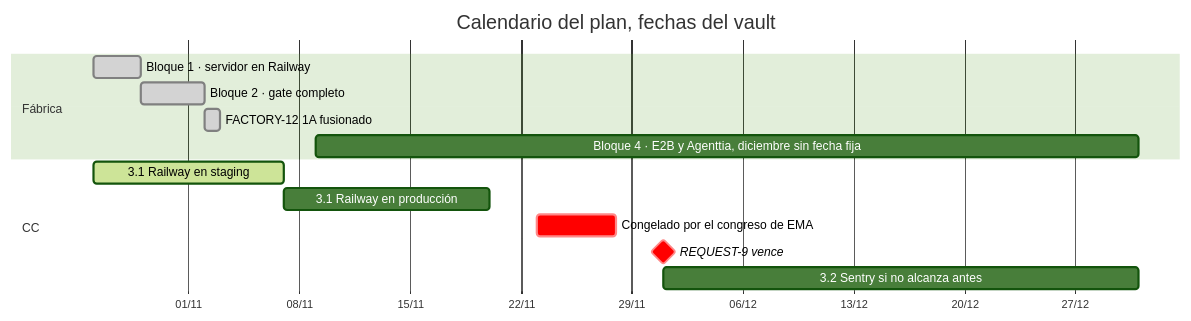
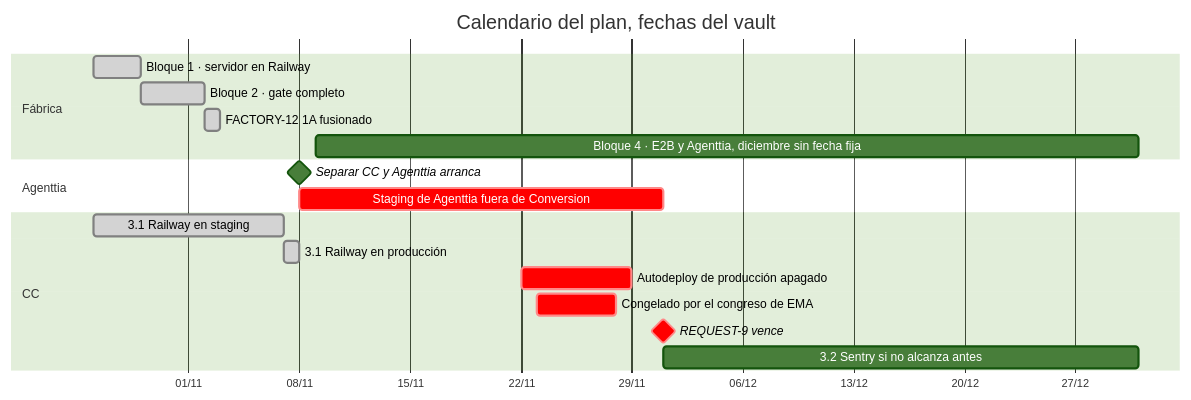
One commit to alephart/software-factory changed the third of 7 diagrams in vault/03-modelo/diagramas-fabrica.md. Above: the diagram before and after it, drawn with Mermaid (forest theme). The commit also changed other lines of this file and 4 other files, not shown here.

Commit message:
Estado del 07/11: 3.1 de CC cerrado, orden nuevo y traspaso del punto 3 (separar CC y Agenttia)

````diff
--- a/vault/03-modelo/diagramas-fabrica.md
+++ b/vault/03-modelo/diagramas-fabrica.md
@@ -145,17 +151,21 @@
 ```mermaid
 gantt
   title Calendario del plan, fechas del vault
   dateFormat YYYY-MM-DD
   axisFormat %d/%m
   section Fábrica
     Bloque 1 · servidor en Railway       :done, b1, 2026-10-26, 2026-10-29
     Bloque 2 · gate completo             :done, b2, 2026-10-29, 2026-11-02
     FACTORY-12 1A fusionado              :done, f12, 2026-11-02, 1d
     Bloque 4 · E2B y Agenttia, diciembre sin fecha fija :b4, 2026-11-09, 2026-12-31
+  section Agenttia
+    Separar CC y Agenttia arranca        :milestone, sep, 2026-11-08, 0d
+    Staging de Agenttia fuera de Conversion :crit, agst, 2026-11-08, 2026-12-01
   section CC
-    3.1 Railway en staging               :active, c1s, 2026-10-26, 2026-11-07
-    3.1 Railway en producción            :c1p, 2026-11-07, 2026-11-20
+    3.1 Railway en staging               :done, c1s, 2026-10-26, 2026-11-07
+    3.1 Railway en producción            :done, c1p, 2026-11-07, 1d
+    Autodeploy de producción apagado     :crit, off, 2026-11-22, 2026-11-29
     Congelado por el congreso de EMA     :crit, frz, 2026-11-23, 2026-11-28
     REQUEST-9 vence                      :milestone, crit, r9, 2026-12-01, 0d
     3.2 Sentry si no alcanza antes       :c2, 2026-12-01, 2026-12-31
 ```
````
